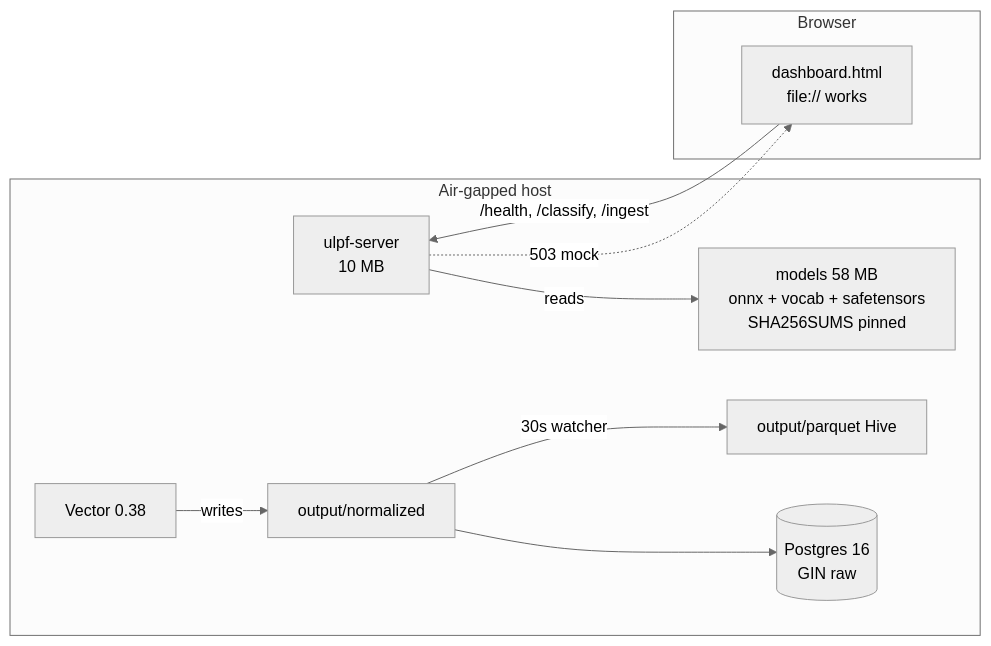
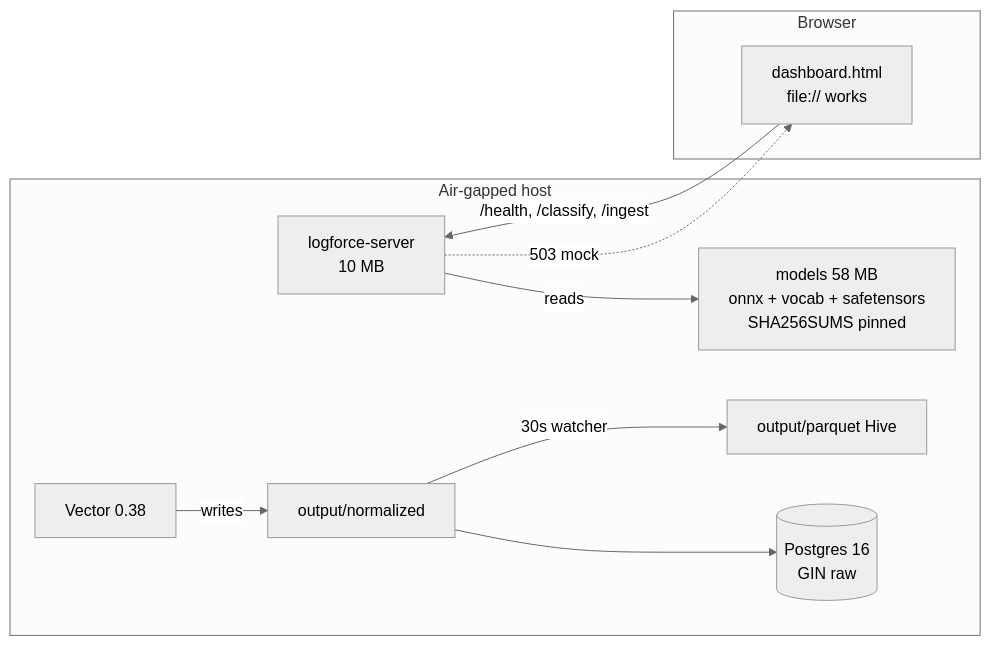
Before and after one commit to LusterSourav/logforce: the third of 3 diagrams in docs/SYSTEM_ARCHITECTURE.md, drawn with Mermaid (neutral theme). The commit also changed other lines of this file and 43 other files, not shown here.

````diff
--- a/docs/SYSTEM_ARCHITECTURE.md
+++ b/docs/SYSTEM_ARCHITECTURE.md
@@ -95,20 +95,20 @@
 ```mermaid
 flowchart LR
  subgraph Host["Air-gapped host"]
-  GO[ulpf-server <br/>10 MB]
+  GO[logforce-server <br/>10 MB]
   MOD[models 58 MB<br/>onnx + vocab + safetensors<br/>SHA256SUMS pinned]
   VEC[Vector 0.38]
   ND2[output/normalized]
   PAR[output/parquet Hive]
   PG2[(Postgres 16<br/>GIN raw)]
  end
  subgraph Browser["Browser"]
   DASH[dashboard.html<br/>file:// works]
  end
  DASH --  /health, /classify, /ingest --> GO
  GO -- reads --> MOD
  VEC -- writes --> ND2
  ND2 -- 30s watcher --> PAR
  ND2 --> PG2
  GO -. 503 mock .-> DASH
 ```
````
